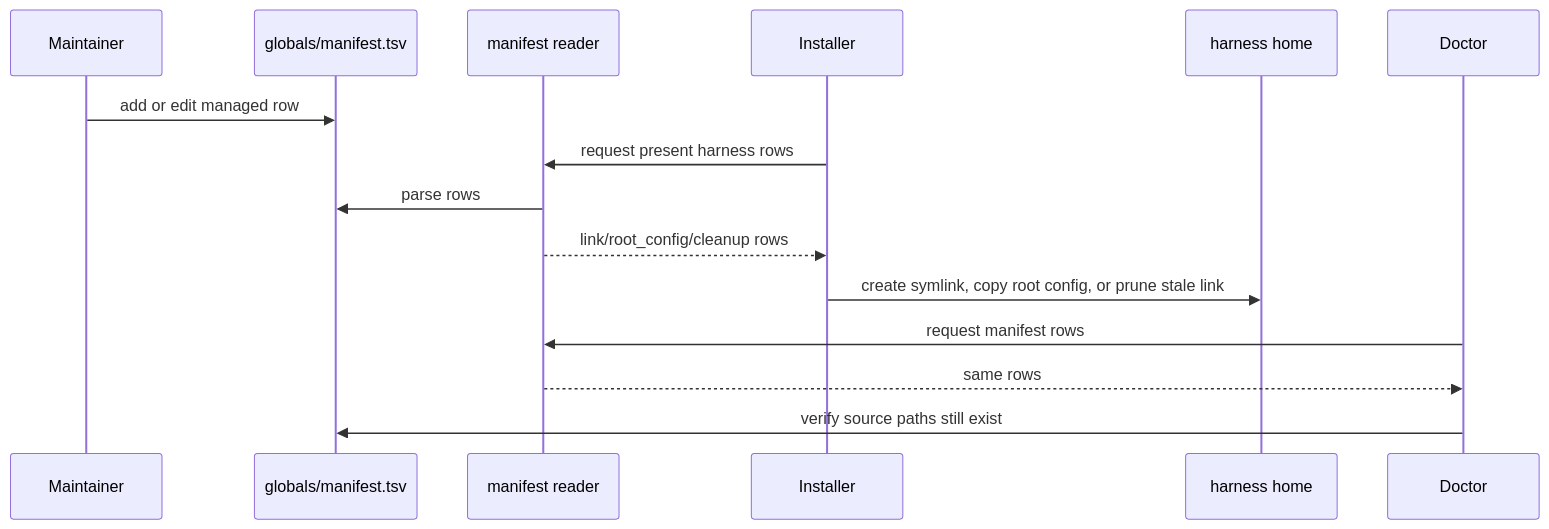
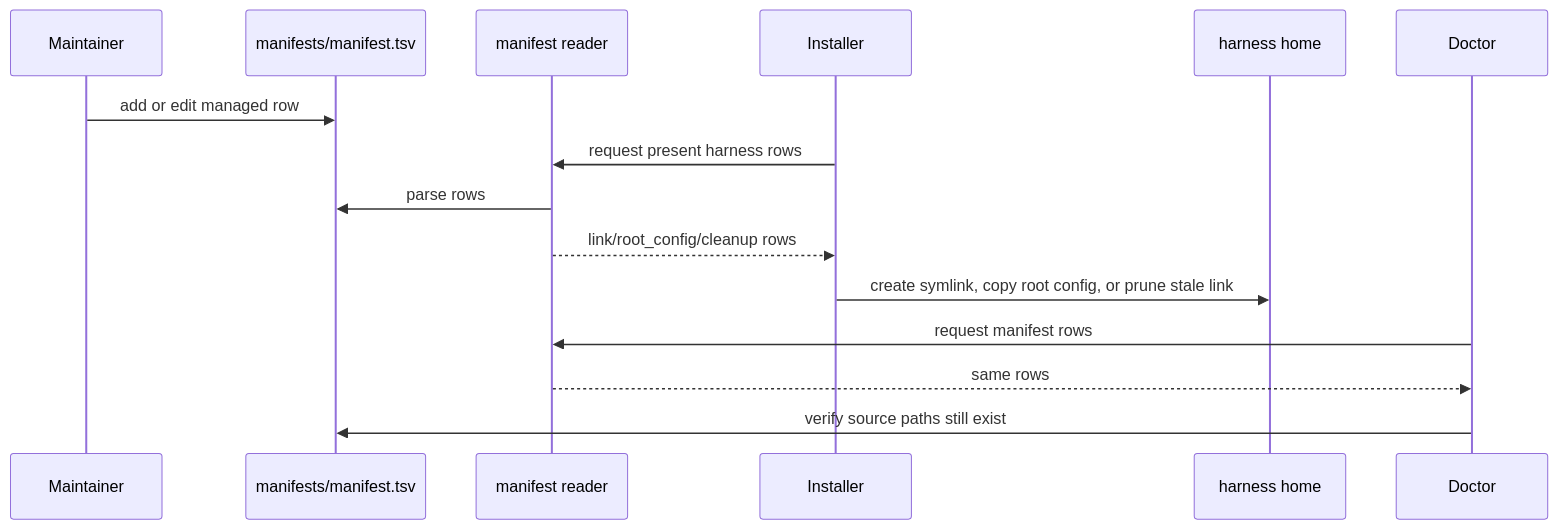
Before and after one commit to kirinmurphy/agent_harness_configs: the third of 3 diagrams in docs/architecture/config-code-separation.md, drawn with Mermaid. The commit also changed other lines of this file and 33 other files, not shown here.

````diff
--- a/docs/architecture/config-code-separation.md
+++ b/docs/architecture/config-code-separation.md
@@ -100,18 +115,18 @@
 ```mermaid
 sequenceDiagram
   participant Maintainer
-  participant Manifest as globals/manifest.tsv
+  participant Manifest as manifests/manifest.tsv
   participant Reader as manifest reader
   participant Installer
   participant Home as harness home
   participant Doctor
 
   Maintainer->>Manifest: add or edit managed row
   Installer->>Reader: request present harness rows
   Reader->>Manifest: parse rows
   Reader-->>Installer: link/root_config/cleanup rows
   Installer->>Home: create symlink, copy root config, or prune stale link
   Doctor->>Reader: request manifest rows
   Reader-->>Doctor: same rows
   Doctor->>Manifest: verify source paths still exist
 ```
````
